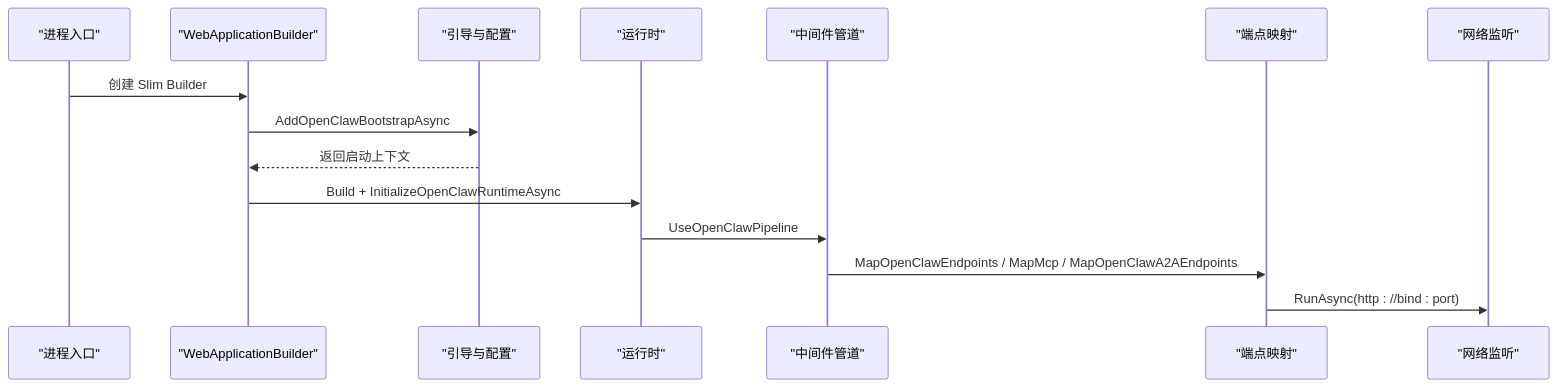
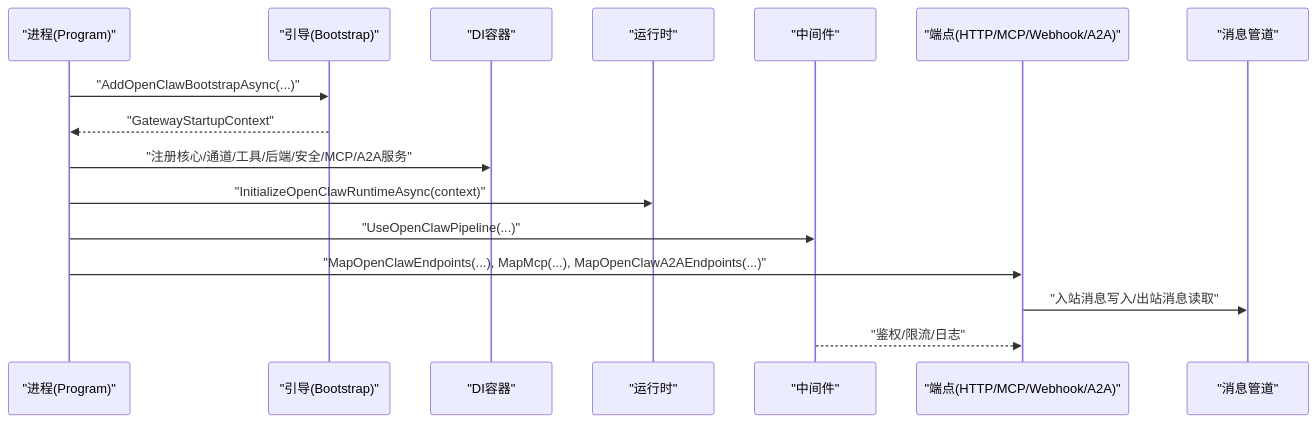
Before and after one commit to wayyet/kingcrab: the second of 9 diagrams in .qoder/repowiki/zh/content/网关服务/网关服务.md, drawn with Mermaid. The commit also changed other lines of this file and 431 other files, not shown here.

````diff
--- a/.qoder/repowiki/zh/content/网关服务/网关服务.md
+++ b/.qoder/repowiki/zh/content/网关服务/网关服务.md
@@ -61,17 +131,18 @@
 ```mermaid
 sequenceDiagram
-participant Proc as "进程入口"
-participant Builder as "WebApplicationBuilder"
-participant Boot as "引导与配置"
-participant Runtime as "运行时"
-participant Pipe as "中间件管道"
-participant Endp as "端点映射"
-participant Net as "网络监听"
-Proc->>Builder : 创建 Slim Builder
-Builder->>Boot : AddOpenClawBootstrapAsync
-Boot-->>Builder : 返回启动上下文
-Builder->>Runtime : Build + InitializeOpenClawRuntimeAsync
-Runtime->>Pipe : UseOpenClawPipeline
-Pipe->>Endp : MapOpenClawEndpoints / MapMcp / MapOpenClawA2AEndpoints
-Endp->>Net : RunAsync(http : //bind : port)
+participant Proc as "进程(Program)"
+participant Boot as "引导(Bootstrap)"
+participant DI as "DI容器"
+participant RT as "运行时"
+participant MW as "中间件"
+participant EP as "端点(HTTP/MCP/Webhook/A2A)"
+participant Pipe as "消息管道"
+Proc->>Boot : "AddOpenClawBootstrapAsync(...)"
+Boot-->>Proc : "GatewayStartupContext"
+Proc->>DI : "注册核心/通道/工具/后端/安全/MCP/A2A服务"
+Proc->>RT : "InitializeOpenClawRuntimeAsync(context)"
+Proc->>MW : "UseOpenClawPipeline(...)"
+Proc->>EP : "MapOpenClawEndpoints(...), MapMcp(...), MapOpenClawA2AEndpoints(...)"
+EP->>Pipe : "入站消息写入/出站消息读取"
+MW-->>EP : "鉴权/限流/日志"
 ```
````
